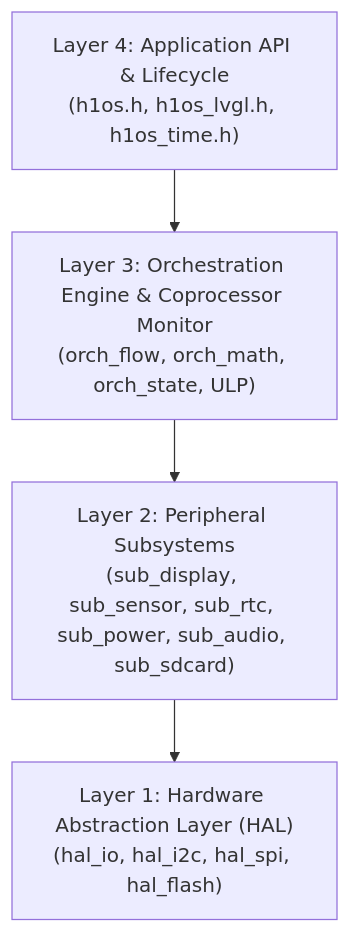
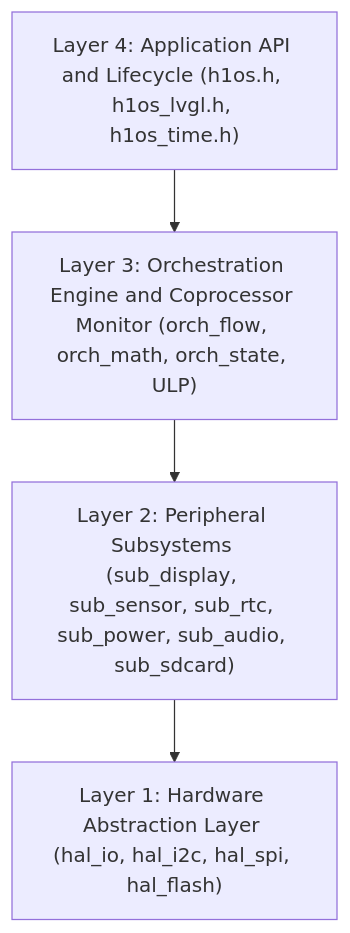
Before and after one commit to Humidyne-Labs/H1OS: the diagram in README.md, drawn with Mermaid. The commit also changed 12 other files, not shown here.

Commit message:
docs: convert all Mermaid diagrams to canonical GitHub graph TD/LR syntax

````diff
--- a/README.md
+++ b/README.md
@@ -56,6 +56,10 @@
 ```mermaid
-flowchart TD
-    L4["Layer 4: Application API & Lifecycle<br/>(h1os.h, h1os_lvgl.h, h1os_time.h)"] --> L3["Layer 3: Orchestration Engine & Coprocessor Monitor<br/>(orch_flow, orch_math, orch_state, ULP)"]
-    L3 --> L2["Layer 2: Peripheral Subsystems<br/>(sub_display, sub_sensor, sub_rtc, sub_power, sub_audio, sub_sdcard)"]
-    L2 --> L1["Layer 1: Hardware Abstraction Layer (HAL)<br/>(hal_io, hal_i2c, hal_spi, hal_flash)"]
+graph TD;
+    L4["Layer 4: Application API and Lifecycle (h1os.h, h1os_lvgl.h, h1os_time.h)"];
+    L3["Layer 3: Orchestration Engine and Coprocessor Monitor (orch_flow, orch_math, orch_state, ULP)"];
+    L2["Layer 2: Peripheral Subsystems (sub_display, sub_sensor, sub_rtc, sub_power, sub_audio, sub_sdcard)"];
+    L1["Layer 1: Hardware Abstraction Layer (hal_io, hal_i2c, hal_spi, hal_flash)"];
+    L4-->L3;
+    L3-->L2;
+    L2-->L1;
 ```
````
